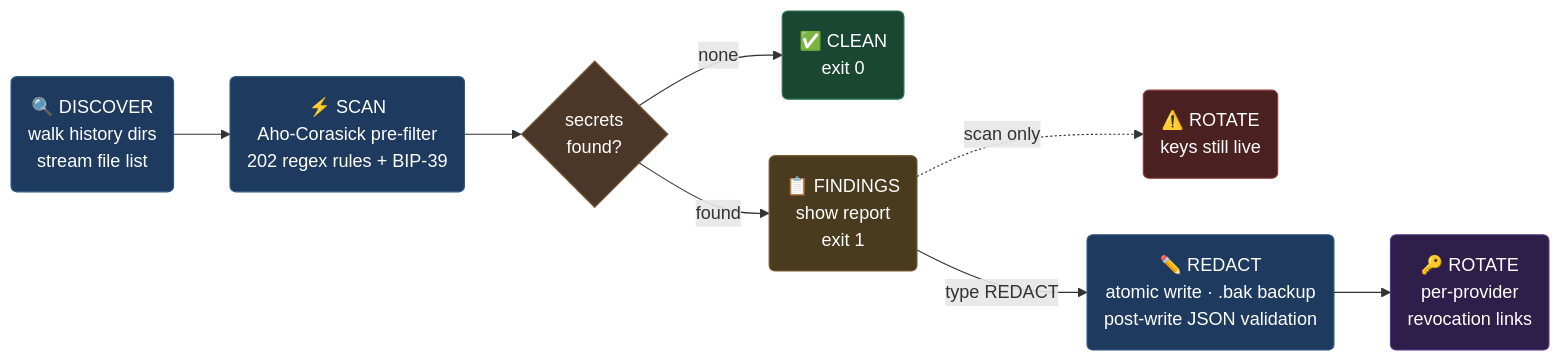
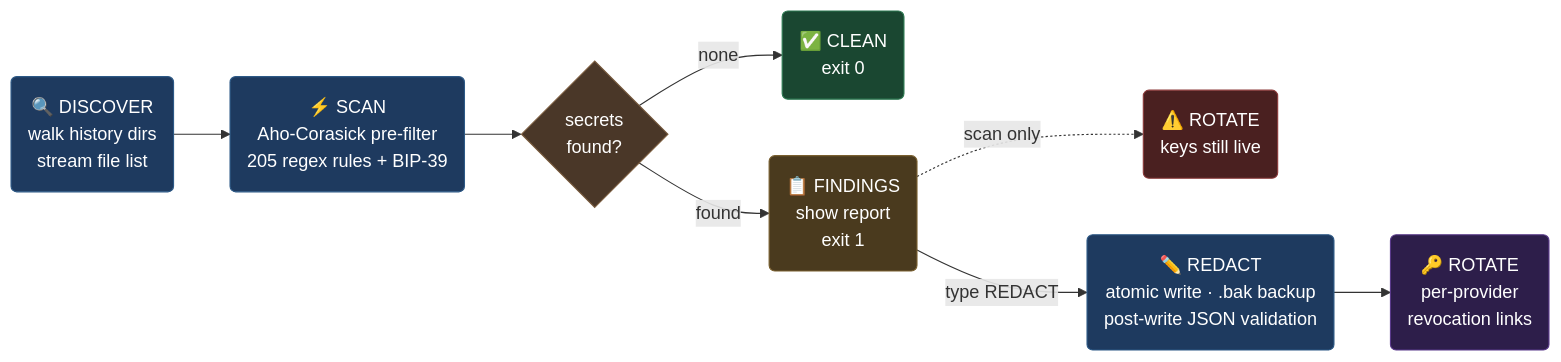
One commit to AhmadBilalDSA/agent-sweep changed the diagram in README.md. Above: the diagram before and after it, drawn with Mermaid. The commit also changed other lines of this file and 6 other files, not shown here.

````diff
--- a/README.md
+++ b/README.md
@@ -74,19 +74,19 @@
 ```mermaid
 flowchart LR
-    A("🔍 DISCOVER\nwalk history dirs\nstream file list") --> B("⚡ SCAN\nAho-Corasick pre-filter\n202 regex rules + BIP-39")
+    A("🔍 DISCOVER\nwalk history dirs\nstream file list") --> B("⚡ SCAN\nAho-Corasick pre-filter\n205 regex rules + BIP-39")
     B --> C{"secrets\nfound?"}
     C -- "none" --> D("✅ CLEAN\nexit 0")
     C -- "found" --> E("📋 FINDINGS\nshow report\nexit 1")
     E -. "scan only" .-> F("⚠️ ROTATE\nkeys still live")
     E -- "type REDACT" --> G("✏️ REDACT\natomic write · .bak backup\npost-write JSON validation")
     G --> H("🔑 ROTATE\nper-provider\nrevocation links")
 
     style A fill:#1e3a5f,color:#fff,stroke:#2d5986
     style B fill:#1e3a5f,color:#fff,stroke:#2d5986
     style C fill:#4a3728,color:#fff,stroke:#7a5c3f
     style D fill:#1a4731,color:#fff,stroke:#2d7a52
     style E fill:#4a3a1e,color:#fff,stroke:#7a6030
     style F fill:#4a2020,color:#fff,stroke:#8b3a3a
     style G fill:#1e3a5f,color:#fff,stroke:#2d5986
     style H fill:#2d1e4a,color:#fff,stroke:#5a3a8b
 ```
````
